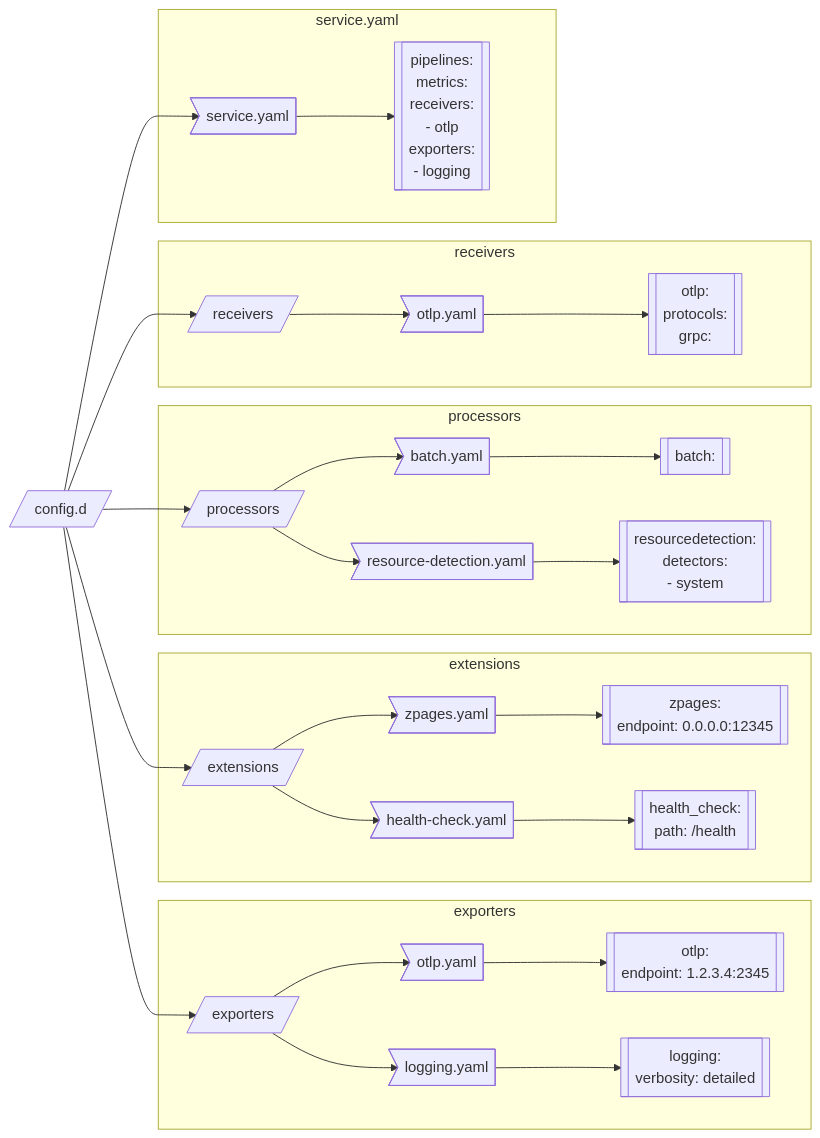
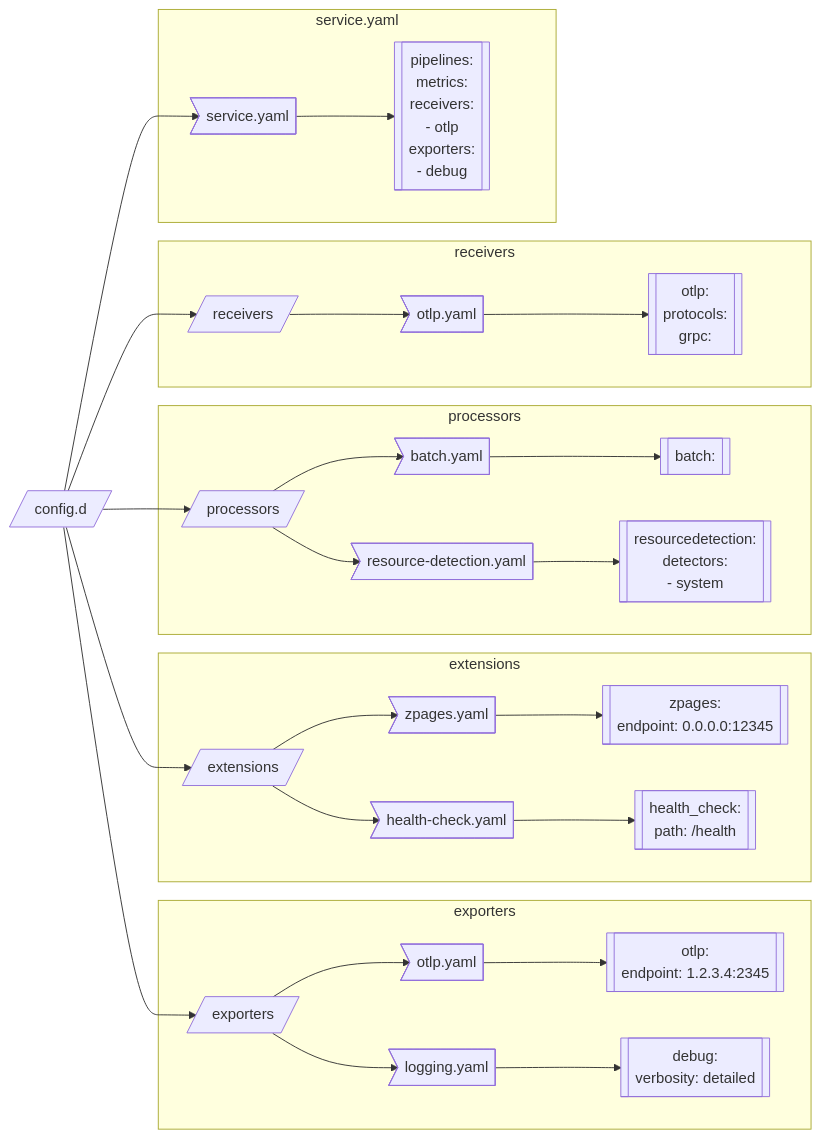
Before and after one commit to signalfx/splunk-otel-collector: the diagram in internal/confmapprovider/discovery/README.md, drawn with Mermaid. The commit also changed other lines of this file and 25 other files, not shown here.

Commit message:
Replace logging with debug

````diff
--- a/internal/confmapprovider/discovery/README.md
+++ b/internal/confmapprovider/discovery/README.md
@@ -9,33 +9,33 @@
 ```mermaid
 graph LR
   config.d[/config.d/] --> 1>service.yaml]
   subgraph 1a[service.yaml]
-    1 --> 1a1[[pipelines:<br>metrics:<br>receivers:<br>- otlp<br>exporters:<br>- logging]]
+    1 --> 1a1[[pipelines:<br>metrics:<br>receivers:<br>- otlp<br>exporters:<br>- debug]]
   end
   config.d --> 2[/exporters/]
   subgraph 2a[exporters]
     2 --> 2a1>otlp.yaml]
     2a1 --> 2b1[[otlp:<br>endpoint: 1.2.3.4:2345]]
     2 --> 2a2>logging.yaml]
-    2a2 --> 2b2[[logging:<br>verbosity: detailed]]
+    2a2 --> 2b2[[debug:<br>verbosity: detailed]]
   end
   config.d --> 3[/extensions/]
   subgraph 3a[extensions]
     3 --> 3a1>zpages.yaml]
     3a1 --> 3b1[[zpages:<br>endpoint: 0.0.0.0:12345]]
     3 --> 3a2>health-check.yaml]
     3a2 --> 3b2[[health_check:<br>path: /health]]
   end
   config.d --> 4[/processors/]
   subgraph 4a[processors]
     4 --> 4a1>batch.yaml]
     4a1 --> 4b1[[batch:<br>]]
     4 --> 4a2>resource-detection.yaml]
     4a2 --> 4b2[[resourcedetection:<br>detectors:<br>- system]]
   end
   config.d --> 5[/receivers/]
   subgraph 5a[receivers]
     5 --> 5a1>otlp.yaml]
     5a1 --> 5b1[[otlp:<br>protocols:<br>grpc:]]
   end
 ```
````
